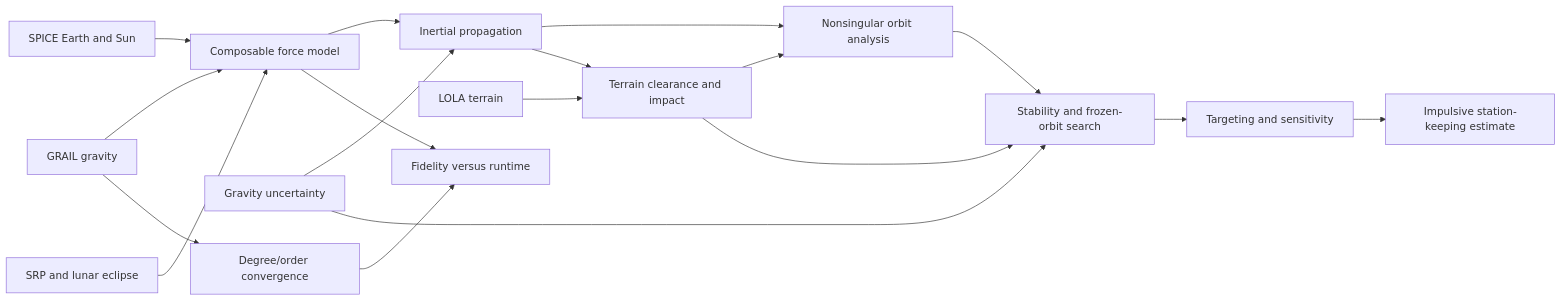
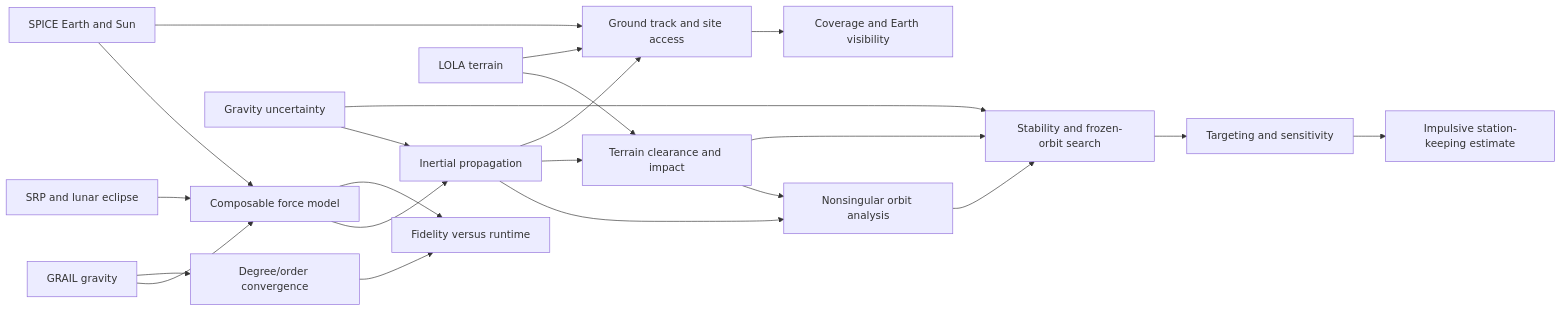
One commit to sylvesterkaczmarek/lunar-astrodynamics-simulation changed the diagram in README.md. Above: the diagram before and after it, drawn with Mermaid. The commit also changed other lines of this file and 10 other files, not shown here.

First line of the commit message:
Add lunar ground-track site-access and coverage analysis

````diff
--- a/README.md
+++ b/README.md
@@ -15,20 +15,24 @@
 ```mermaid
 flowchart LR
     G[GRAIL gravity] --> F[Composable force model]
     E[SPICE Earth and Sun] --> F
     S[SRP and lunar eclipse] --> F
     F --> P[Inertial propagation]
     U[Gravity uncertainty] --> P
     P --> A[Nonsingular orbit analysis]
     L[LOLA terrain] --> C[Terrain clearance and impact]
     P --> C
     C --> A
     A --> Q[Stability and frozen-orbit search]
     U --> Q
     C --> Q
     Q --> T[Targeting and sensitivity]
     T --> K[Impulsive station-keeping estimate]
     G --> D[Degree/order convergence]
     D --> R[Fidelity versus runtime]
     F --> R
+    P --> X[Ground track and site access]
+    L --> X
+    E --> X
+    X --> V[Coverage and Earth visibility]
 ```
````
